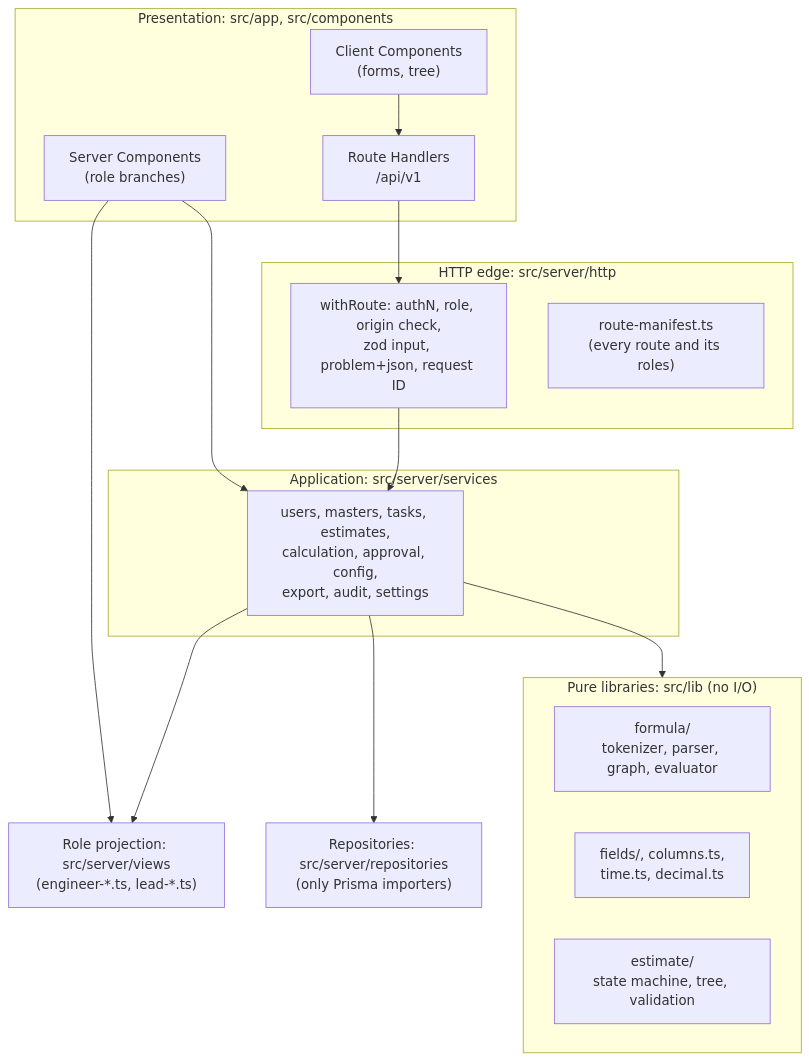
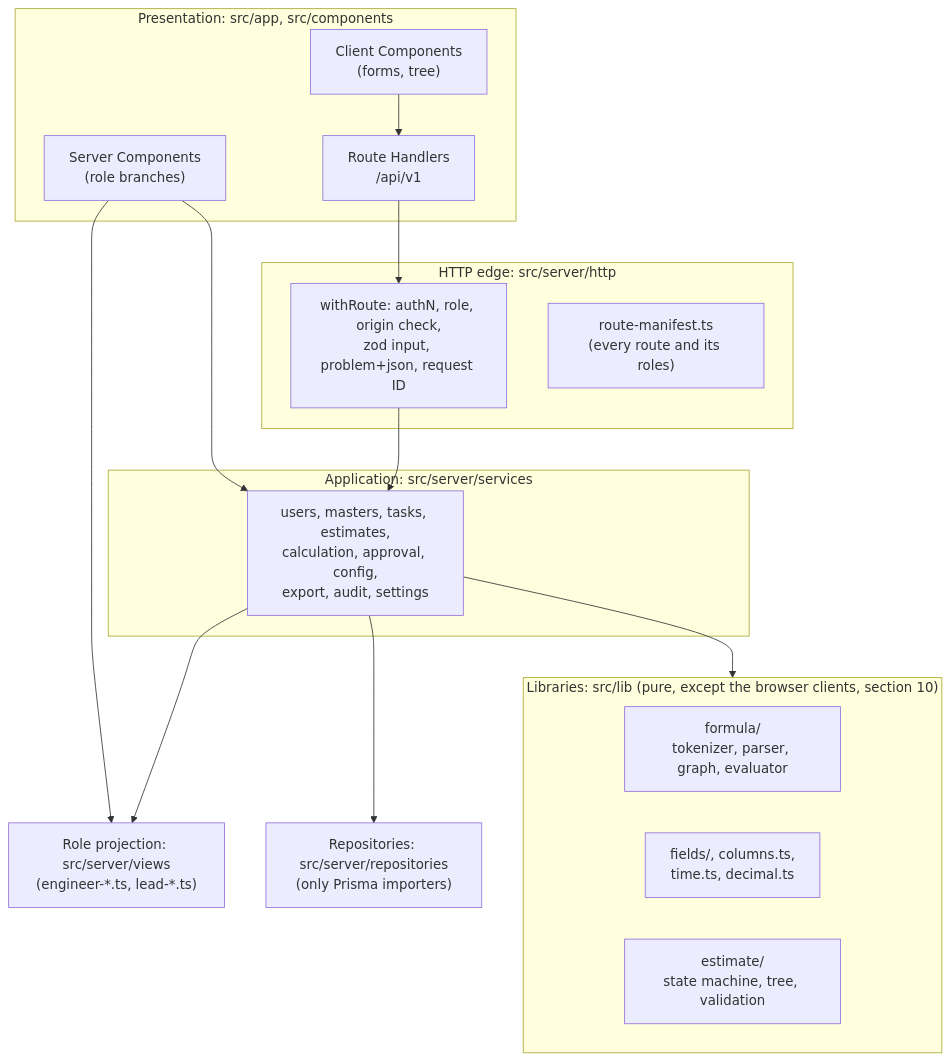
Before and after one commit to sankumar76/Accucut-Quotation: the third of 6 diagrams in docs/04-architecture/architecture.md, drawn with Mermaid. The commit also changed other lines of this file and 1 other file, not shown here.

Commit message:
docs(architecture): ADR-009 amendment 2 (7-day session-ended cookie), architecture v0.39 §8 [AQP-89]

````diff
--- a/docs/04-architecture/architecture.md
+++ b/docs/04-architecture/architecture.md
@@ -248,29 +248,29 @@
 ```mermaid
 flowchart TB
   subgraph presentation["Presentation: src/app, src/components"]
     pages["Server Components<br/>(role branches)"]
     routes["Route Handlers<br/>/api/v1"]
     client["Client Components<br/>(forms, tree)"]
   end
   subgraph edge["HTTP edge: src/server/http"]
     wrapper["withRoute: authN, role, origin check,<br/>zod input, problem+json, request ID"]
     manifest["route-manifest.ts<br/>(every route and its roles)"]
   end
   subgraph app_layer["Application: src/server/services"]
     svc["users, masters, tasks, estimates,<br/>calculation, approval, config,<br/>export, audit, settings"]
   end
   views["Role projection: src/server/views<br/>(engineer-*.ts, lead-*.ts)"]
   repos["Repositories: src/server/repositories<br/>(only Prisma importers)"]
-  subgraph pure["Pure libraries: src/lib (no I/O)"]
+  subgraph pure["Libraries: src/lib (pure, except the browser clients, section 10)"]
     formula["formula/<br/>tokenizer, parser, graph, evaluator"]
     fields["fields/, columns.ts,<br/>time.ts, decimal.ts"]
     domain["estimate/<br/>state machine, tree, validation"]
   end
   pages --> views
   routes --> wrapper --> svc
   pages --> svc
   svc --> views
   svc --> repos
   svc --> pure
   client --> routes
 ```
````
